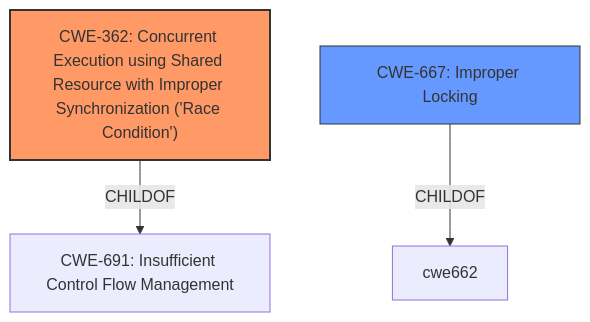
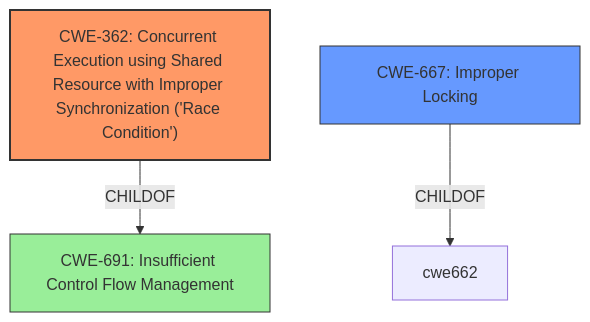
The diagram in CVE-2021-1782/CVE-2021-1782_analysis.md (CyberSecAI/cwe_agent_assign_reports_2023), drawn with Mermaid before and after one commit. The commit also changed other lines of this file and 902 other files, not shown here.

````diff
--- a/CVE-2021-1782/CVE-2021-1782_analysis.md
+++ b/CVE-2021-1782/CVE-2021-1782_analysis.md
@@ -17,14 +17,16 @@
 ```mermaid
 graph TD
     cwe362["CWE-362: Concurrent Execution using Shared Resource with Improper Synchronization ('Race Condition')"]
     cwe667["CWE-667: Improper Locking"]
     cwe691["CWE-691: Insufficient Control Flow Management"]
-
+    
     cwe362 -->|CHILDOF| cwe691
     cwe667 -->|CHILDOF| cwe662
-
+    
     classDef primary fill:#f96,stroke:#333,stroke-width:2px
     classDef secondary fill:#69f,stroke:#333
+    classDef tertiary fill:#9e9,stroke:#333
     class cwe362 primary
     class cwe667 secondary
+    class cwe691 tertiary
 ```
````
